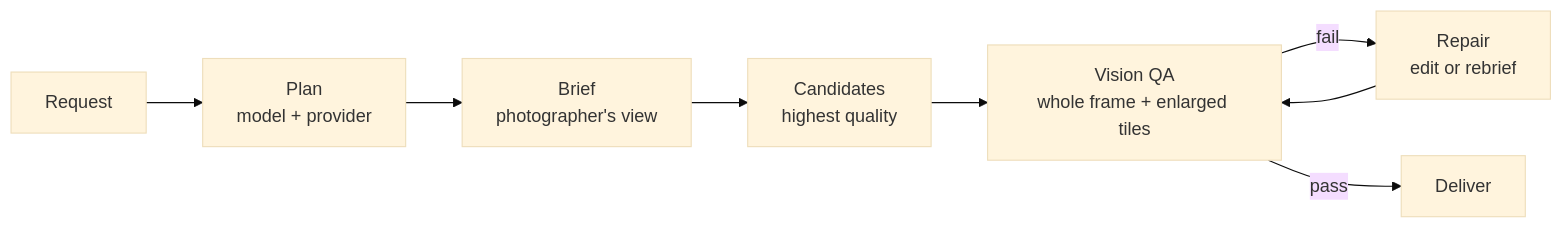
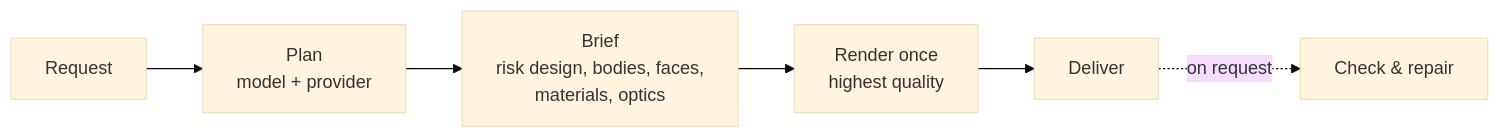
The diagram in docs/how-it-works.md (mysterxn-ctrl/unrendered), drawn with Mermaid (base theme) before and after one commit. The commit also changed other lines of this file and 15 other files, not shown here.

First line of the commit message:
Make the skill one-shot: the brief prevents errors, no inspection pass by default

````diff
--- a/docs/how-it-works.md
+++ b/docs/how-it-works.md
@@ -17,10 +17,8 @@
 ```mermaid
 flowchart LR
     A[Request] --> B[Plan<br/>model + provider]
-    B --> C[Brief<br/>photographer's view]
-    C --> D[Candidates<br/>highest quality]
-    D --> E[Vision QA<br/>whole frame + enlarged tiles]
-    E -- fail --> F[Repair<br/>edit or rebrief]
-    F --> E
-    E -- pass --> H[Deliver]
+    B --> C[Brief<br/>risk design, bodies, faces,<br/>materials, optics]
+    C --> D[Render once<br/>highest quality]
+    D --> E[Deliver]
+    E -. on request .-> F[Check & repair]
 ```
````
